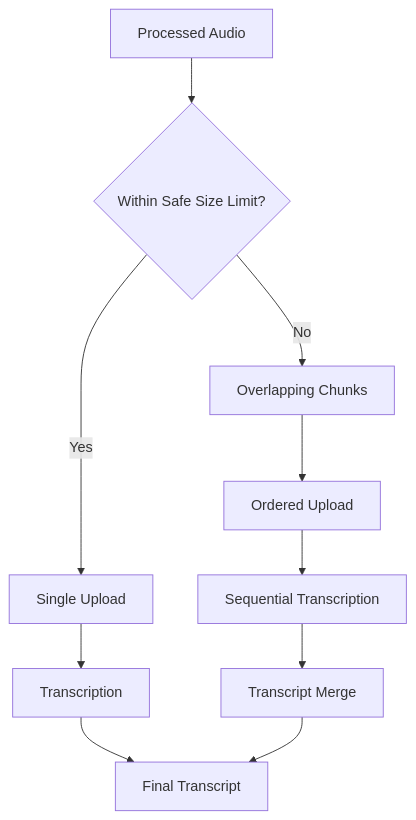
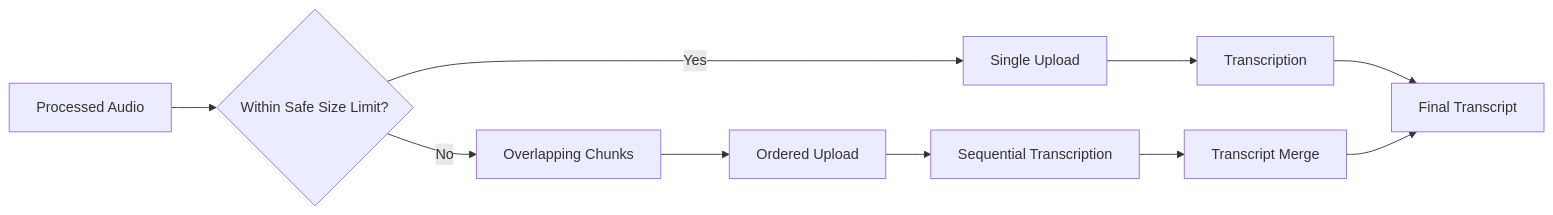
Diagram 12 of 13 in README.md (aryancodes12-bit/PlacementOS), drawn with Mermaid before and after one commit. The commit also changed other lines of this file, not shown here.

````diff
--- a/README.md
+++ b/README.md
@@ -576,12 +330,6 @@
 ```mermaid
-flowchart TD
+flowchart LR
     SOURCE[Processed Audio] --> LIMIT{Within Safe Size Limit?}
-    LIMIT -- Yes --> ONE[Single Upload]
-    LIMIT -- No --> MANY[Overlapping Chunks]
-    MANY --> ORDER[Ordered Upload]
-    ORDER --> SERIAL[Sequential Transcription]
-    SERIAL --> MERGE[Transcript Merge]
-    ONE --> TRANSCRIBE[Transcription]
-    TRANSCRIBE --> FINAL[Final Transcript]
-    MERGE --> FINAL
+    LIMIT -- Yes --> ONE[Single Upload] --> TRANSCRIBE[Transcription] --> FINAL[Final Transcript]
+    LIMIT -- No --> MANY[Overlapping Chunks] --> ORDER[Ordered Upload] --> SERIAL[Sequential Transcription] --> MERGE[Transcript Merge] --> FINAL
 ```
````
